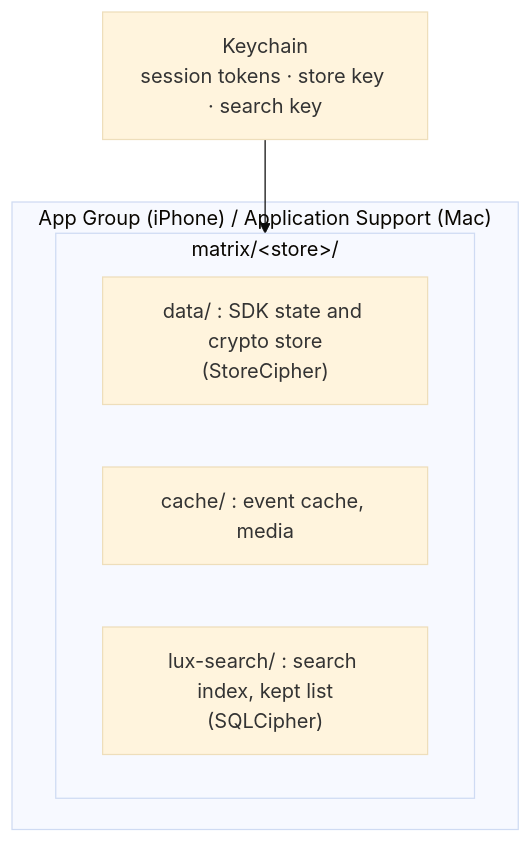
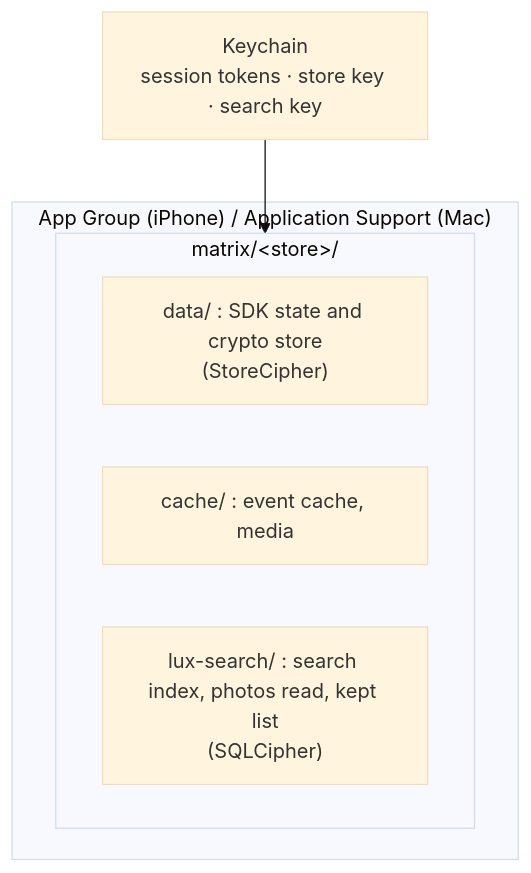
Before and after one commit to davidbaranek/lux: the sixth of 6 diagrams in docs/architecture.md, drawn with Mermaid (base theme). The commit also changed other lines of this file and 74 other files, not shown here.

First line of the commit message:
feat: photo search on the device, by the words in photos, the messages near them and what they show (#32)

````diff
--- a/docs/architecture.md
+++ b/docs/architecture.md
@@ -204,12 +204,12 @@
 ```mermaid
 flowchart TB
     KC["Keychain<br/>session tokens · store key · search key"]
     subgraph Group["App Group (iPhone) / Application Support (Mac)"]
         subgraph Folder["matrix/&lt;store&gt;/"]
             Data["data/ : SDK state and crypto store<br/>(StoreCipher)"]
             Cache["cache/ : event cache, media"]
-            Search["lux-search/ : search index, kept list<br/>(SQLCipher)"]
+            Search["lux-search/ : search index, photos read, kept list<br/>(SQLCipher)"]
         end
     end
     KC --> Folder
 ```
````
